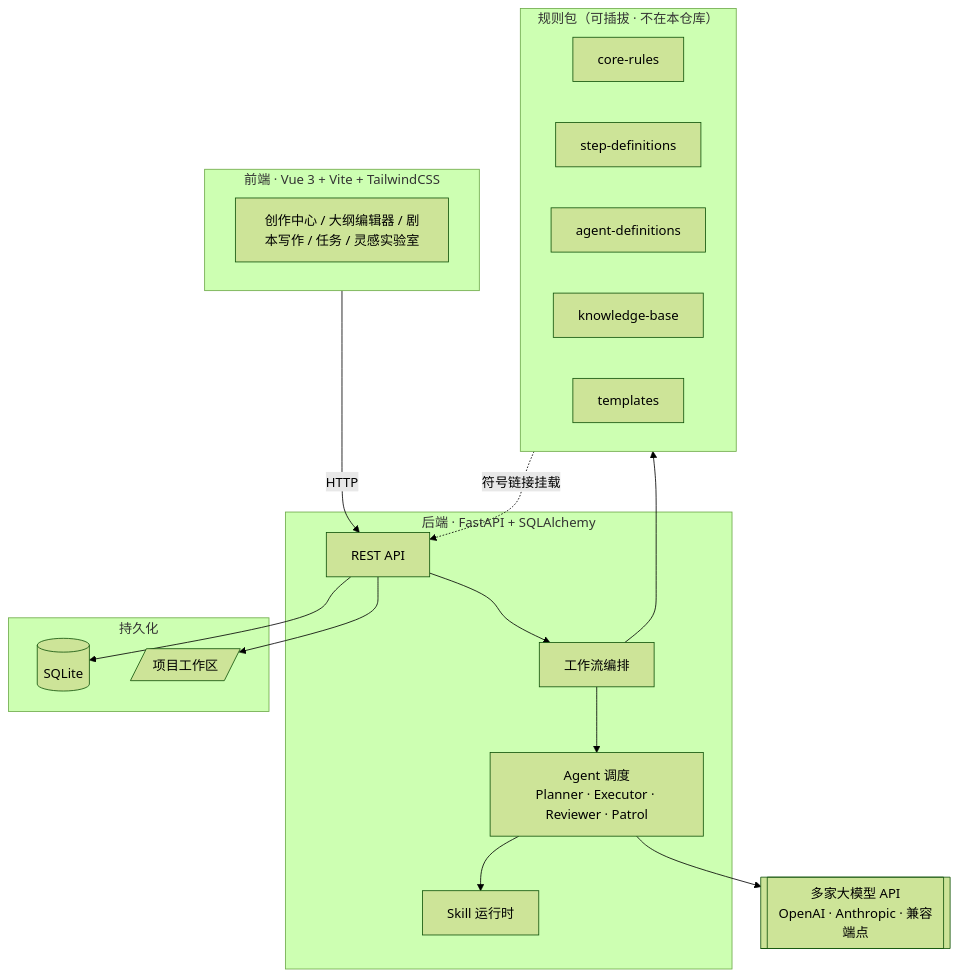
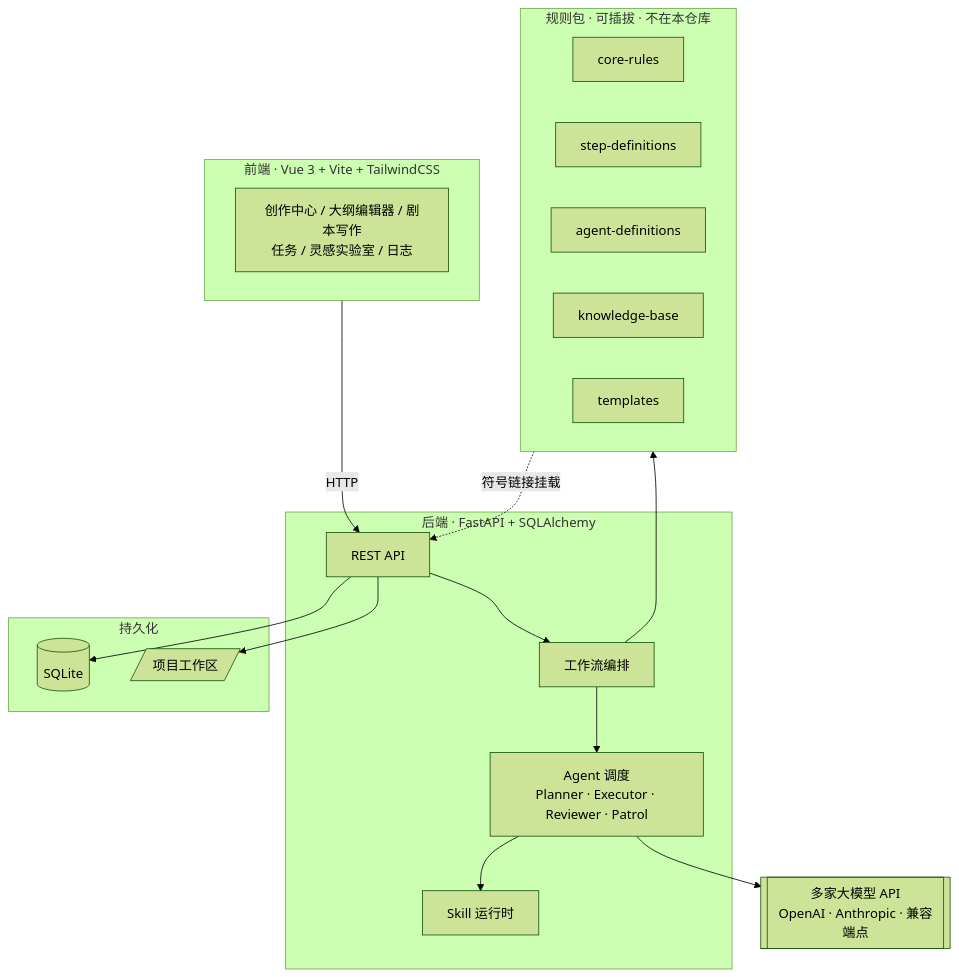
One commit to w1251788888-web/moxi-drama-engine changed the first of 2 diagrams in README.md. Above: the diagram before and after it, drawn with Mermaid (forest theme). The commit also changed other lines of this file and 2 other files, not shown here.

````diff
--- a/README.md
+++ b/README.md
@@ -108,38 +201,38 @@
 ```mermaid
 flowchart TB
     subgraph Client["前端 · Vue 3 + Vite + TailwindCSS"]
-        UI[创作中心 / 大纲编辑器 / 剧本写作 / 任务 / 灵感实验室]
+        UI["创作中心 / 大纲编辑器 / 剧本写作<br/>任务 / 灵感实验室 / 日志"]
     end
 
     subgraph Server["后端 · FastAPI + SQLAlchemy"]
         API[REST API]
         WF[工作流编排]
-        AG[Agent 调度<br/>Planner · Executor · Reviewer · Patrol]
+        AG["Agent 调度<br/>Planner · Executor · Reviewer · Patrol"]
         SK[Skill 运行时]
     end
 
-    subgraph Rules["规则包（可插拔 · 不在本仓库）"]
+    subgraph Rules["规则包 · 可插拔 · 不在本仓库"]
         R1[core-rules]
         R2[step-definitions]
         R3[agent-definitions]
         R4[knowledge-base]
         R5[templates]
     end
 
     subgraph Store["持久化"]
         DB[(SQLite)]
         FS[/项目工作区/]
     end
 
-    LLM[[多家大模型 API<br/>OpenAI · Anthropic · 兼容端点]]
+    LLM[["多家大模型 API<br/>OpenAI · Anthropic · 兼容端点"]]
 
     Client -->|HTTP| API
     API --> WF
     WF --> AG
     AG --> SK
     AG --> LLM
     WF --> Rules
     Rules -.->|符号链接挂载| API
     API --> DB
     API --> FS
 ```
````
